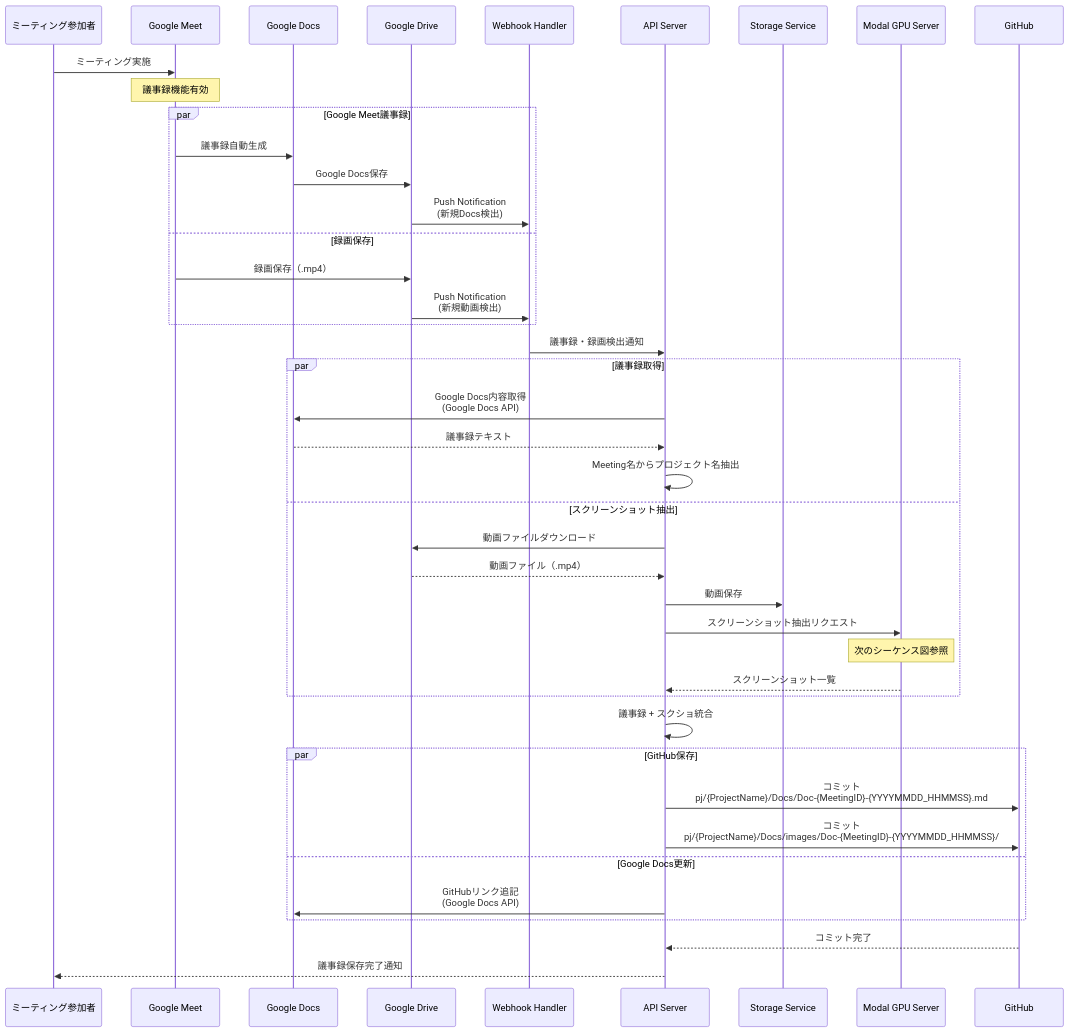
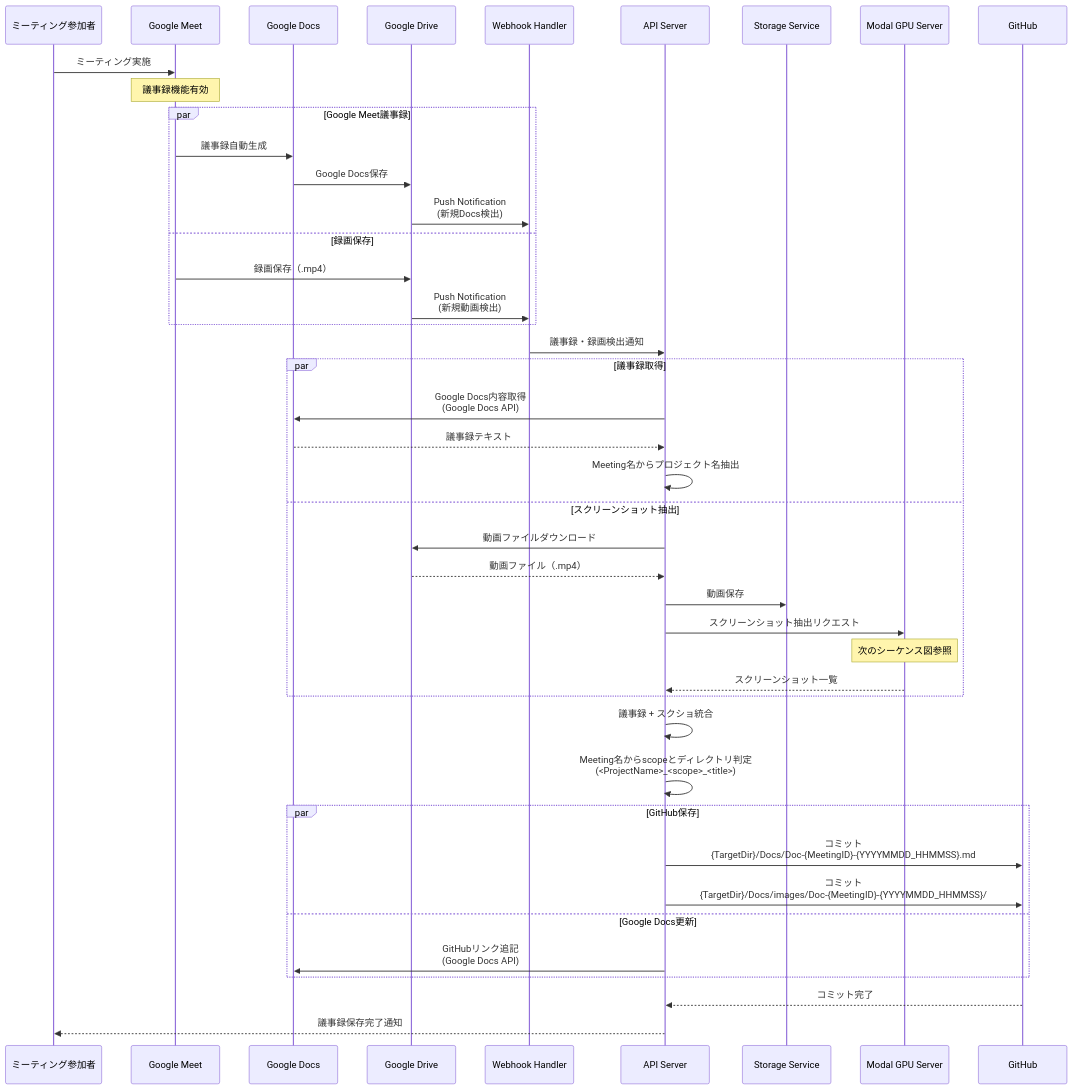
One commit to supertask/MentraAgent changed the third of 10 diagrams in docs/RealworldAgent_Diagrams.md. Above: the diagram before and after it, drawn with Mermaid. The commit also changed other lines of this file and 15 other files, not shown here.

````diff
--- a/docs/RealworldAgent_Diagrams.md
+++ b/docs/RealworldAgent_Diagrams.md
@@ -252,51 +255,52 @@
 ```mermaid
 sequenceDiagram
     participant User as ミーティング参加者
     participant Meet as Google Meet
     participant Docs as Google Docs
     participant Drive as Google Drive
     participant Webhook as Webhook Handler
     participant API as API Server
     participant Storage as Storage Service
     participant GPU as Modal GPU Server
     participant GitHub as GitHub
     
     User->>Meet: ミーティング実施
     Note over Meet: 議事録機能有効
     
     par Google Meet議事録
         Meet->>Docs: 議事録自動生成
         Docs->>Drive: Google Docs保存
         Drive->>Webhook: Push Notification<br/>(新規Docs検出)
     and 録画保存
         Meet->>Drive: 録画保存（.mp4）
         Drive->>Webhook: Push Notification<br/>(新規動画検出)
     end
     
     Webhook->>API: 議事録・録画検出通知
     
     par 議事録取得
         API->>Docs: Google Docs内容取得<br/>(Google Docs API)
         Docs-->>API: 議事録テキスト
         API->>API: Meeting名からプロジェクト名抽出
     and スクリーンショット抽出
         API->>Drive: 動画ファイルダウンロード
         Drive-->>API: 動画ファイル（.mp4）
         API->>Storage: 動画保存
         API->>GPU: スクリーンショット抽出リクエスト
         Note over GPU: 次のシーケンス図参照
         GPU-->>API: スクリーンショット一覧
     end
     
     API->>API: 議事録 + スクショ統合
+    API->>API: Meeting名からscopeとディレクトリ判定<br/>(<ProjectName>_<scope>_<title>)
     
     par GitHub保存
-        API->>GitHub: コミット<br/>pj/{ProjectName}/Docs/Doc-{MeetingID}-{YYYYMMDD_HHMMSS}.md
-        API->>GitHub: コミット<br/>pj/{ProjectName}/Docs/images/Doc-{MeetingID}-{YYYYMMDD_HHMMSS}/
+        API->>GitHub: コミット<br/>{TargetDir}/Docs/Doc-{MeetingID}-{YYYYMMDD_HHMMSS}.md
+        API->>GitHub: コミット<br/>{TargetDir}/Docs/images/Doc-{MeetingID}-{YYYYMMDD_HHMMSS}/
     and Google Docs更新
         API->>Docs: GitHubリンク追記<br/>(Google Docs API)
     end
     
     GitHub-->>API: コミット完了
     API-->>User: 議事録保存完了通知
 ```
````
